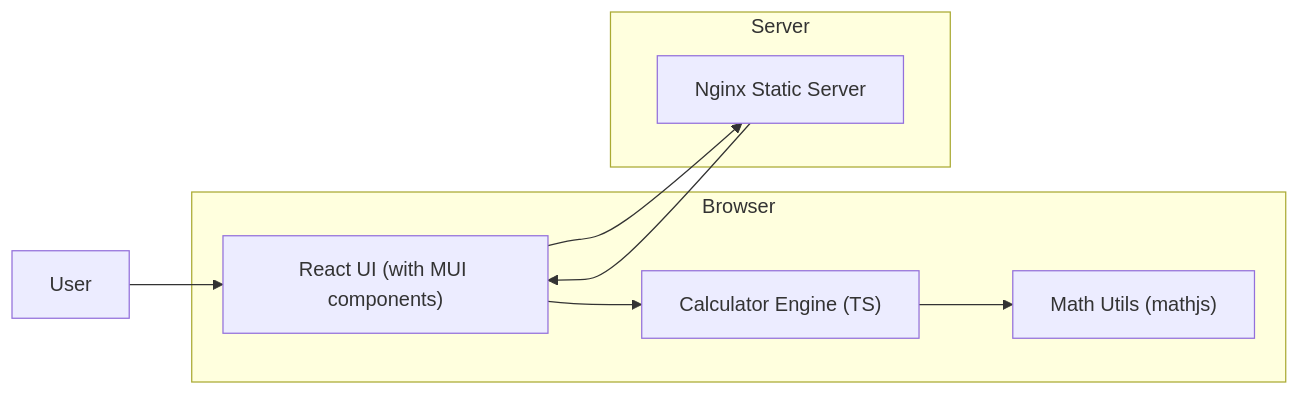
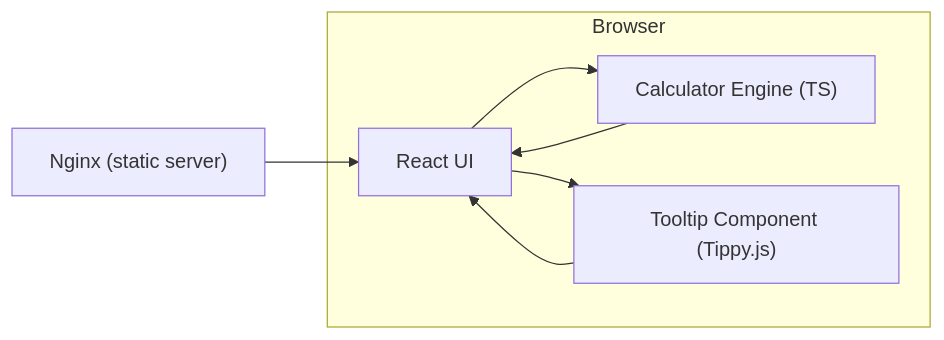
One commit to ErezKon/AgenticDevTeam changed the diagram in generated-projects/simplecalculator/docs/agents/architect-mission.md. Above: the diagram before and after it, drawn with Mermaid. The commit also changed other lines of this file, not shown here.

````diff
--- a/generated-projects/simplecalculator/docs/agents/architect-mission.md
+++ b/generated-projects/simplecalculator/docs/agents/architect-mission.md
@@ -41,16 +38,13 @@
 ```mermaid
 flowchart LR
     subgraph Browser
-        UI["React UI (with MUI components)"]
+        UI["React UI"]
         Engine["Calculator Engine (TS)"]
-        MathUtils["Math Utils (mathjs)"]
+        Tooltip["Tooltip Component (Tippy.js)"]
     end
-    subgraph Server
-        Nginx["Nginx Static Server"]
-    end
-    User["User"] --> UI
+    Nginx["Nginx (static server)"] --> UI
     UI --> Engine
-    Engine --> MathUtils
-    UI --> Nginx
-    Nginx --> UI
+    UI --> Tooltip
+    Tooltip --> UI
+    Engine --> UI
 ```
````
